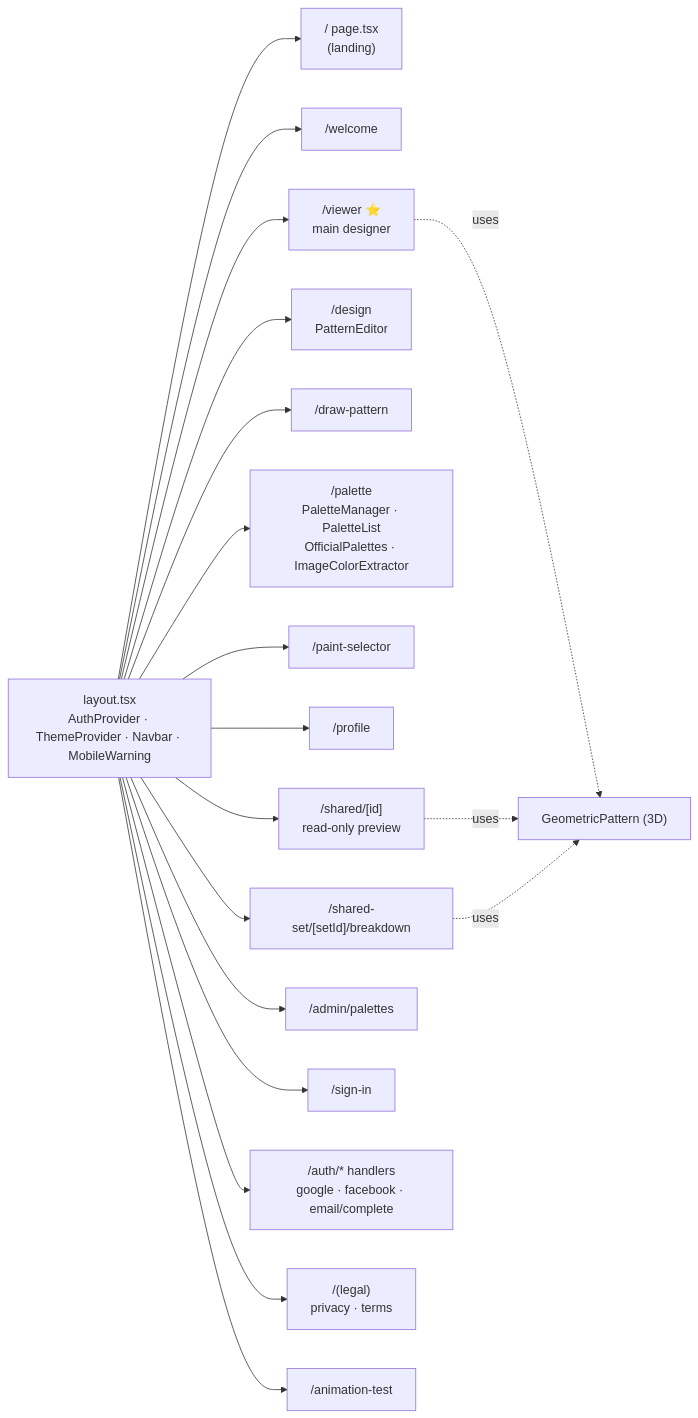
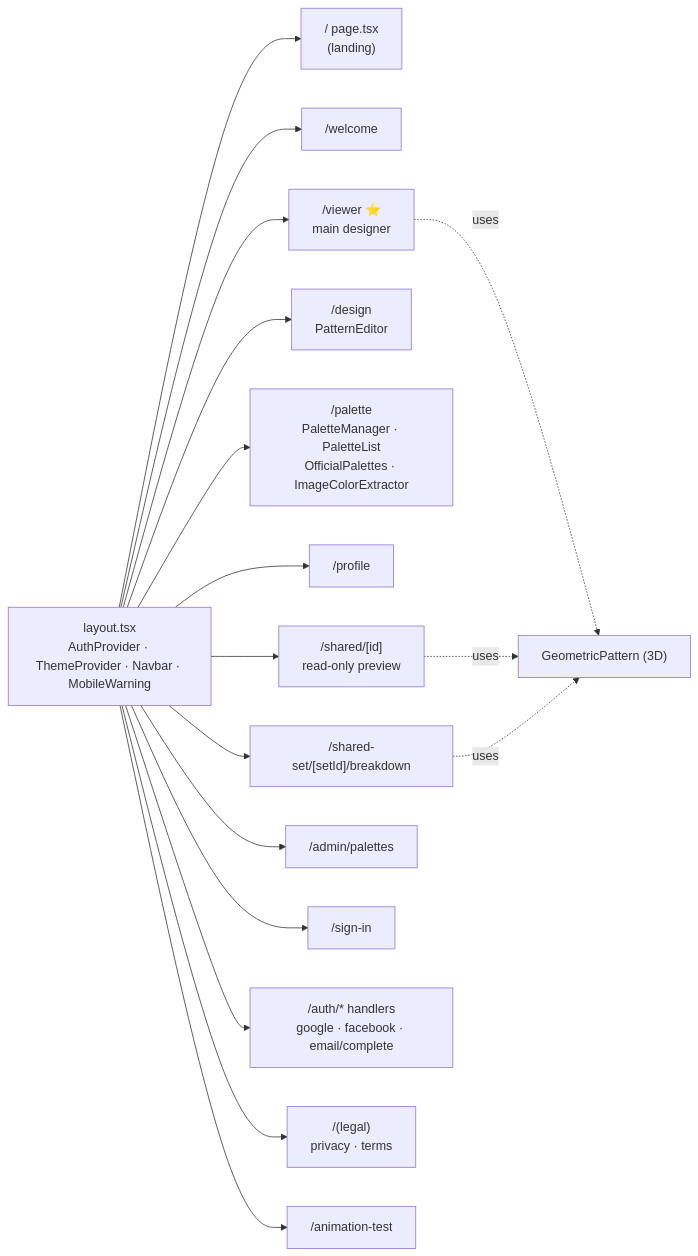
Before and after one commit to AcierDev/Custom-Request: the second of 6 diagrams in ARCHITECTURE.md, drawn with Mermaid. The commit also changed 61 other files, not shown here.

````diff
--- a/ARCHITECTURE.md
+++ b/ARCHITECTURE.md
@@ -56,24 +56,22 @@
 ```mermaid
 graph LR
     ROOT["layout.tsx<br/>AuthProvider · ThemeProvider · Navbar · MobileWarning"]
 
     ROOT --> HOME["/ page.tsx<br/>(landing)"]
     ROOT --> WELCOME["/welcome"]
     ROOT --> VIEWER["/viewer ⭐<br/>main designer"]
     ROOT --> DESIGN["/design<br/>PatternEditor"]
-    ROOT --> DRAW["/draw-pattern"]
     ROOT --> PALETTE["/palette<br/>PaletteManager · PaletteList<br/>OfficialPalettes · ImageColorExtractor"]
-    ROOT --> PAINTSEL["/paint-selector"]
     ROOT --> PROFILE["/profile"]
     ROOT --> SHARED["/shared/[id]<br/>read-only preview"]
     ROOT --> SHAREDSET["/shared-set/[setId]/breakdown"]
     ROOT --> ADMIN["/admin/palettes"]
     ROOT --> SIGNIN["/sign-in"]
     ROOT --> AUTHH["/auth/* handlers<br/>google · facebook · email/complete"]
     ROOT --> LEGAL["/(legal)<br/>privacy · terms"]
     ROOT --> ANIM["/animation-test"]
 
     VIEWER -.uses.-> GP["GeometricPattern (3D)"]
     SHARED -.uses.-> GP
     SHAREDSET -.uses.-> GP
 ```
````
